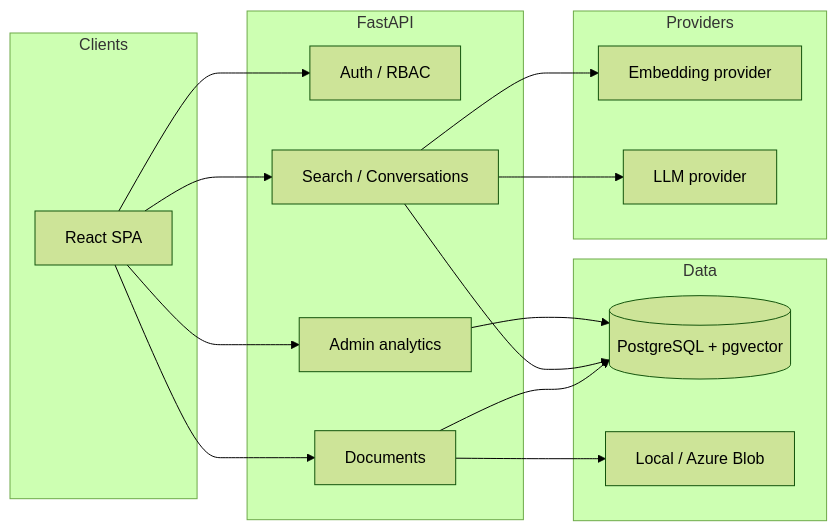
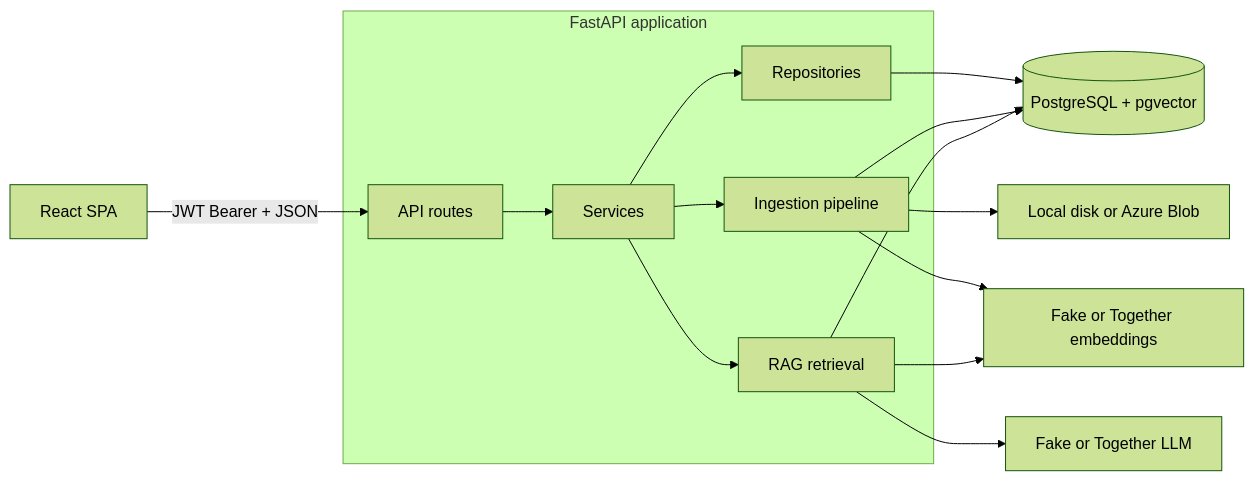
Before and after one commit to Jerichho/enterprise-document-platform: the first of 2 diagrams in README.md, drawn with Mermaid (forest theme). The commit also changed other lines of this file and 2 other files, not shown here.

````diff
--- a/README.md
+++ b/README.md
@@ -36,30 +44,27 @@
 ```mermaid
 flowchart LR
-  subgraph clients [Clients]
-    UI[React SPA]
+  UI[React SPA]
+  subgraph API[FastAPI application]
+    Routes[API routes]
+    Services[Services]
+    Repositories[Repositories]
+    Ingestion[Ingestion pipeline]
+    Retrieval[RAG retrieval]
   end
-  subgraph api [FastAPI]
-    Auth[Auth / RBAC]
-    Docs[Documents]
-    RAG[Search / Conversations]
-    Admin[Admin analytics]
-  end
-  subgraph data [Data]
-    PG[(PostgreSQL + pgvector)]
-    FS[Local / Azure Blob]
-  end
-  subgraph ai [Providers]
-    Emb[Embedding provider]
-    LLM[LLM provider]
-  end
-  UI --> Auth
-  UI --> Docs
-  UI --> RAG
-  UI --> Admin
-  Docs --> FS
-  Docs --> PG
-  RAG --> Emb
-  RAG --> LLM
-  RAG --> PG
-  Admin --> PG
+  PG[(PostgreSQL + pgvector)]
+  Storage[Local disk or Azure Blob]
+  Embeddings[Fake or Together embeddings]
+  LLM[Fake or Together LLM]
+  UI -->|JWT Bearer + JSON| Routes
+  Routes --> Services
+  Services --> Repositories
+  Services --> Ingestion
+  Services --> Retrieval
+  Repositories --> PG
+  Ingestion --> Storage
+  Ingestion --> Embeddings
+  Ingestion --> PG
+  Retrieval --> Embeddings
+  Retrieval --> PG
+  Retrieval --> LLM
 ```
````
